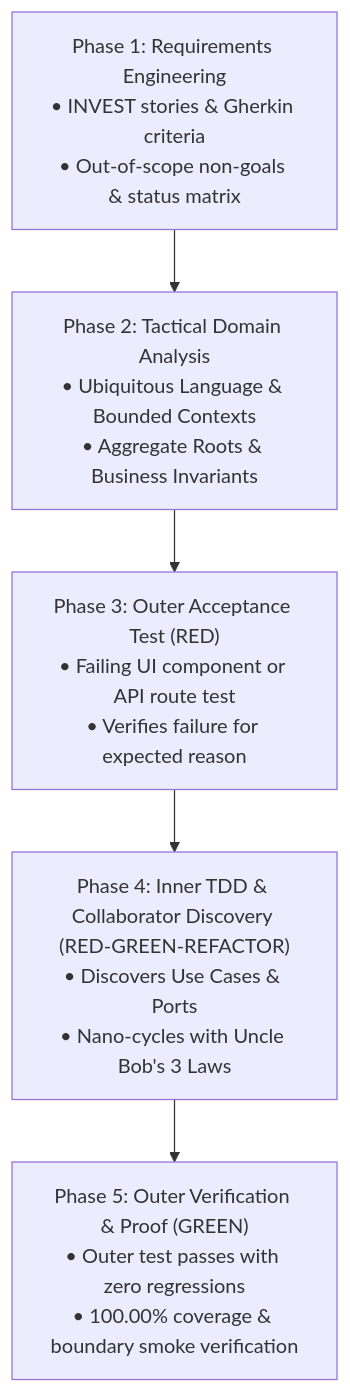
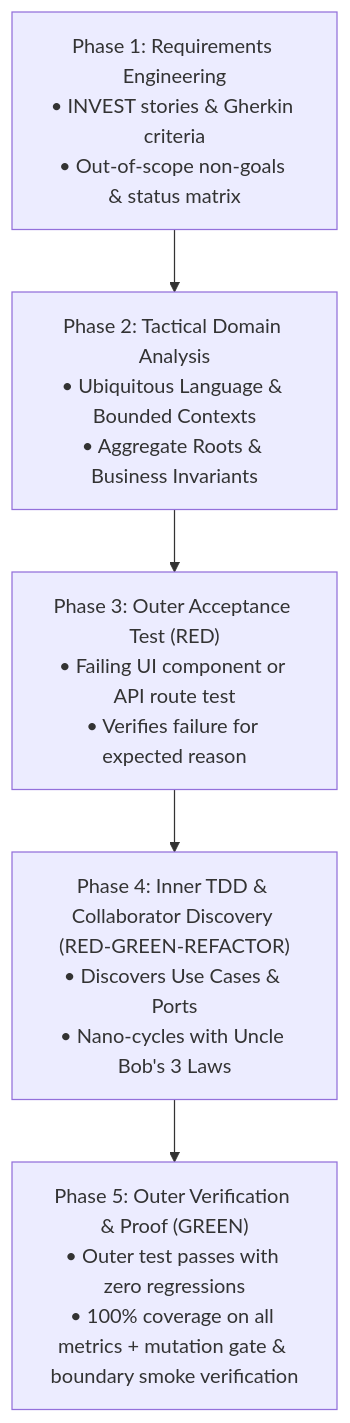
One commit to prosubodh/azcodr changed the first of 4 diagrams in docs/rules/test_driven_development.md. Above: the diagram before and after it, drawn with Mermaid. The commit also changed other lines of this file and 18 other files, not shown here.

Commit message:
docs(governance): honest claims, 100pct all-metrics gate, benchmark limits on record (ADR-019)

````diff
--- a/docs/rules/test_driven_development.md
+++ b/docs/rules/test_driven_development.md
@@ -11,10 +11,10 @@
 ```mermaid
 flowchart TD
     P1["Phase 1: Requirements Engineering<br/>• INVEST stories & Gherkin criteria<br/>• Out-of-scope non-goals & status matrix"]
     P2["Phase 2: Tactical Domain Analysis<br/>• Ubiquitous Language & Bounded Contexts<br/>• Aggregate Roots & Business Invariants"]
     P3["Phase 3: Outer Acceptance Test (RED)<br/>• Failing UI component or API route test<br/>• Verifies failure for expected reason"]
     P4["Phase 4: Inner TDD & Collaborator Discovery (RED-GREEN-REFACTOR)<br/>• Discovers Use Cases & Ports<br/>• Nano-cycles with Uncle Bob's 3 Laws"]
-    P5["Phase 5: Outer Verification & Proof (GREEN)<br/>• Outer test passes with zero regressions<br/>• 100.00% coverage & boundary smoke verification"]
+    P5["Phase 5: Outer Verification & Proof (GREEN)<br/>• Outer test passes with zero regressions<br/>• 100% coverage on all metrics + mutation gate & boundary smoke verification"]
 
     P1 --> P2 --> P3 --> P4 --> P5
 ```
````
